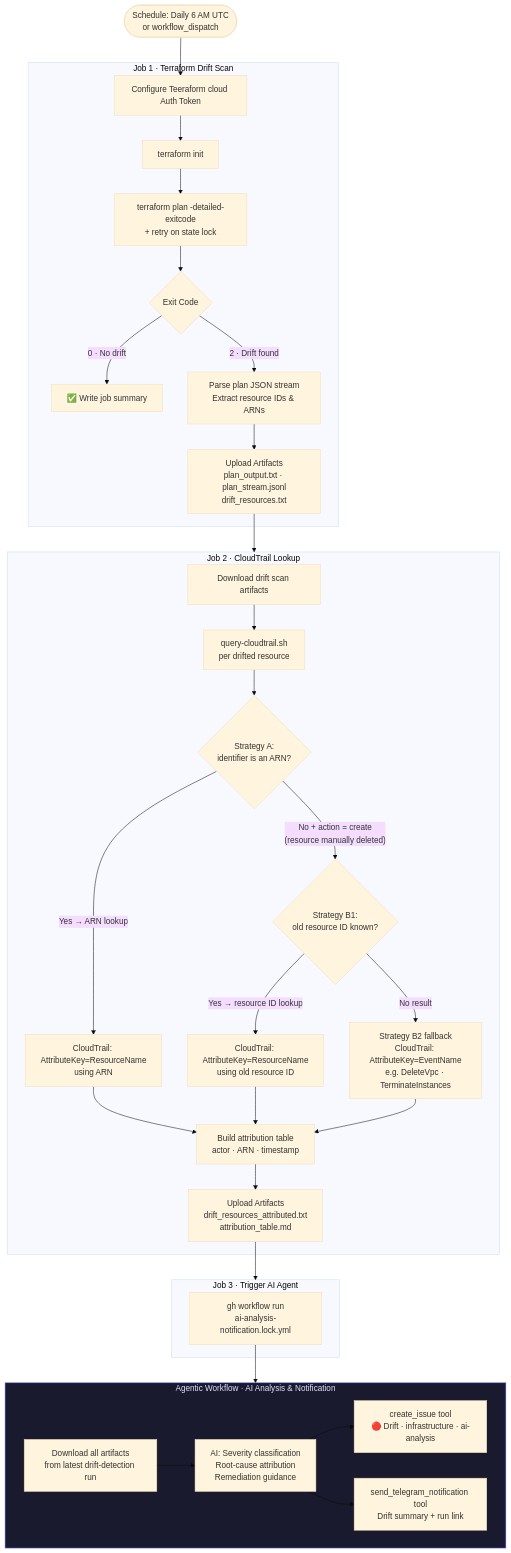
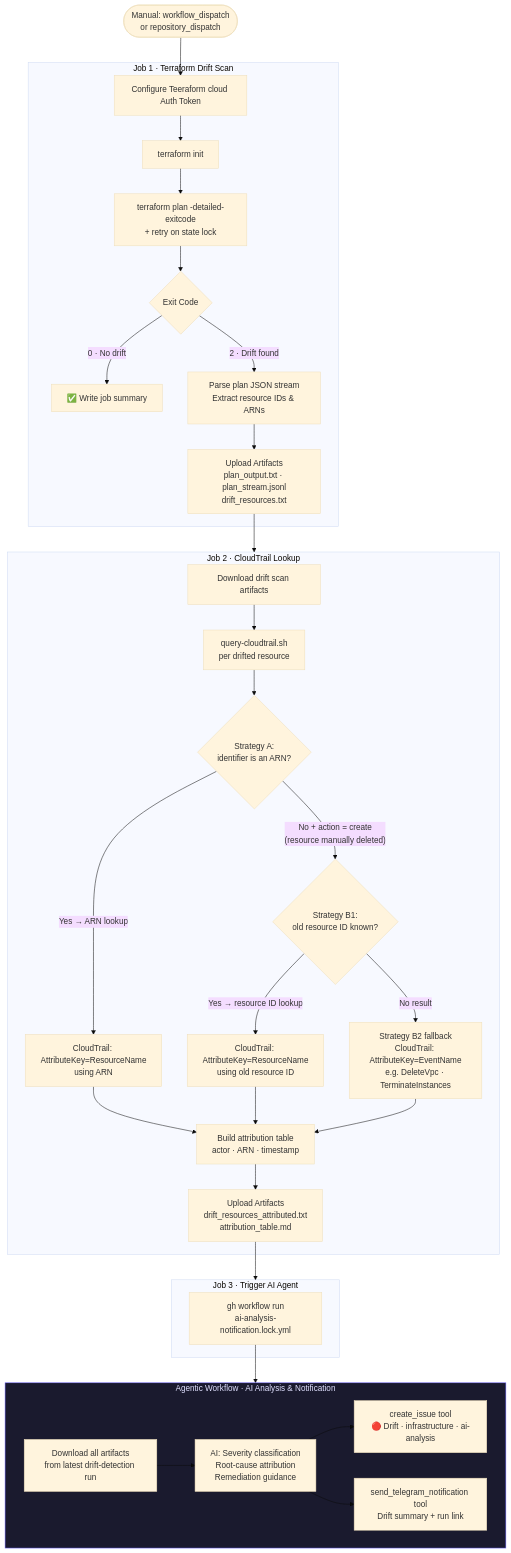
Before and after one commit to santhosh9349/gh_aw_drift_detection: the diagram in README.md, drawn with Mermaid (base theme). The commit also changed other lines of this file, not shown here.

Commit message:
docs: describe drift detection as manually triggered

````diff
--- a/README.md
+++ b/README.md
@@ -69,42 +69,42 @@
 ```mermaid
 flowchart TD
-    A([Schedule: Daily 6 AM UTC\nor workflow_dispatch]) --> B
+    A([Manual: workflow_dispatch\nor repository_dispatch]) --> B
 
     subgraph JOB1["Job 1 · Terraform Drift Scan"]
         B[Configure Teeraform cloud Auth Token] --> C[terraform init]
         C --> D["terraform plan -detailed-exitcode\n+ retry on state lock"]
         D --> E{Exit Code}
         E -- "0 · No drift" --> F[✅ Write job summary]
         E -- "2 · Drift found" --> G[Parse plan JSON stream\nExtract resource IDs & ARNs]
         G --> H[Upload Artifacts\nplan_output.txt · plan_stream.jsonl\ndrift_resources.txt]
     end
 
     H --> JOB2
 
     subgraph JOB2["Job 2 · CloudTrail Lookup"]
         I[Download drift scan artifacts] --> J[query-cloudtrail.sh\nper drifted resource]
         J --> KA{"Strategy A:\nidentifier is an ARN?"}
         KA -- "Yes → ARN lookup" --> L[CloudTrail: AttributeKey=ResourceName\nusing ARN]
         KA -- "No + action = create\n(resource manually deleted)" --> KB{"Strategy B1:\nold resource ID known?"}
         KB -- "Yes → resource ID lookup" --> M[CloudTrail: AttributeKey=ResourceName\nusing old resource ID]
         KB -- "No result" --> MC[Strategy B2 fallback\nCloudTrail: AttributeKey=EventName\ne.g. DeleteVpc · TerminateInstances]
         L & M & MC --> N[Build attribution table\nactor · ARN · timestamp]
         N --> O[Upload Artifacts\ndrift_resources_attributed.txt\nattribution_table.md]
     end
 
     O --> JOB3
 
     subgraph JOB3["Job 3 · Trigger AI Agent"]
         P["gh workflow run\nai-analysis-notification.lock.yml"]
     end
 
     P --> JOB4
 
     subgraph JOB4["Agentic Workflow · AI Analysis & Notification"]
         Q[Download all artifacts\nfrom latest drift-detection run] --> R[AI: Severity classification\nRoot-cause attribution\nRemediation guidance]
         R --> S[create_issue tool\n🔴 Drift · infrastructure · ai-analysis]
         R --> T[send_telegram_notification tool\nDrift summary + run link]
     end
 
     style JOB4 fill:#1a1a2e,color:#e0e0ff,stroke:#6c63ff
 ```
````
